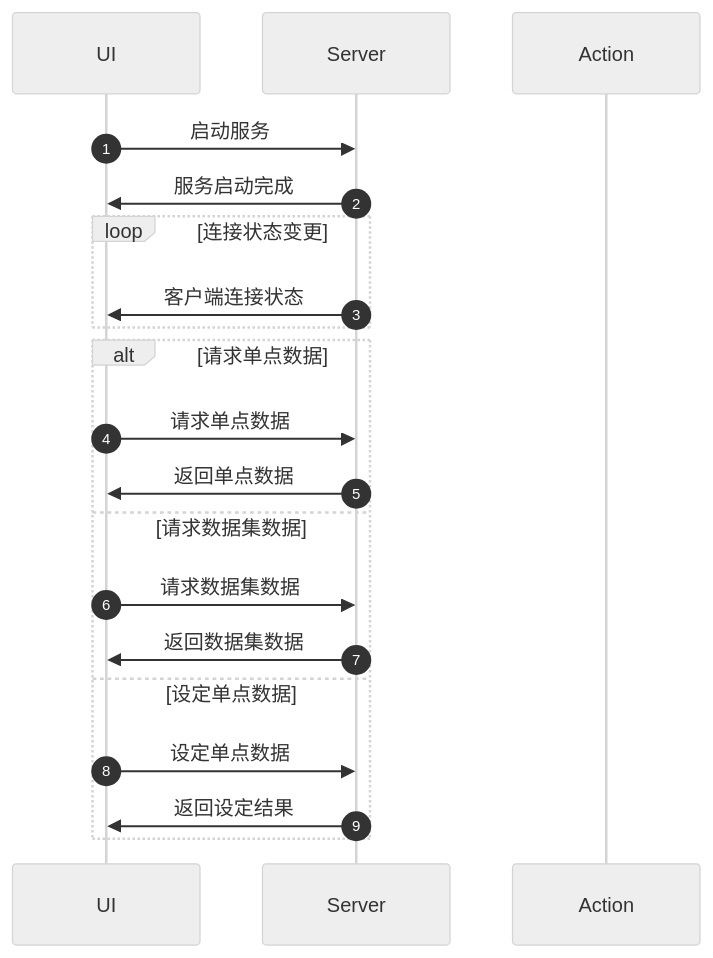
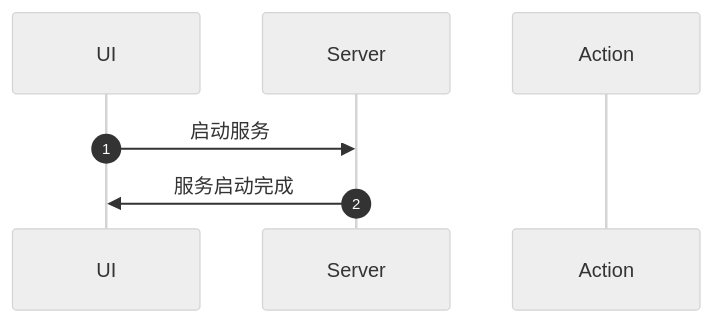
One commit to Tachiguishi/iec61850_simulator changed the second of 3 diagrams in doc/workflow.md. Above: the diagram before and after it, drawn with Mermaid (neutral theme). The commit also changed other lines of this file and 11 other files, not shown here.

````diff
--- a/doc/workflow.md
+++ b/doc/workflow.md
@@ -41,22 +41,9 @@
 ```mermaid
 sequenceDiagram;
     autonumber
     participant UI
     participant Server
     participant Action
     UI->>Server: 启动服务
     Server->>UI: 服务启动完成
-    loop 连接状态变更
-        Server->>UI: 客户端连接状态
-    end
-    alt 请求单点数据
-        UI->>Server: 请求单点数据
-        Server->>UI: 返回单点数据
-    else 请求数据集数据
-        UI->>Server: 请求数据集数据
-        Server->>UI: 返回数据集数据
-    else 设定单点数据
-        UI->>Server: 设定单点数据
-        Server->>UI: 返回设定结果
-    end
 ```
````
